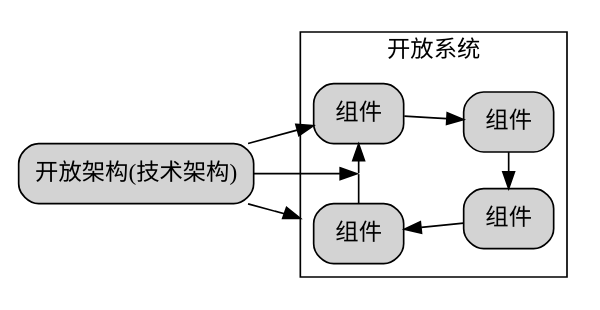
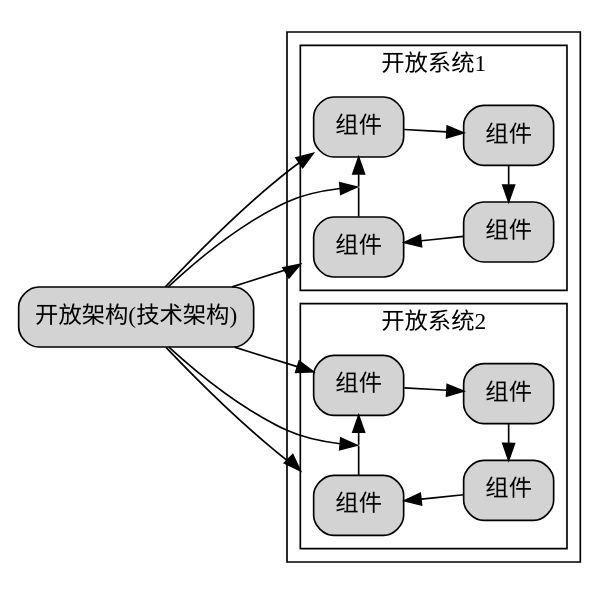
Before and after one commit to chaozhang2000/soa: the diagram in parts/definition1.dot, drawn with Graphviz. The commit also changed 2 other files, not shown here.

```diff
--- a/parts/definition1.dot
+++ b/parts/definition1.dot
@@ -1,51 +1,59 @@
 digraph G {
   graph [rankdir=LR,compound=true];
   node [shape=box, style="rounded,filled"];
   
-  subgraph cluster_system1{
-    label="开放系统"
-    node1[label="组件"]
-    node2[label="组件"] 
-    node3[label="组件"]
-    node4[label="组件"]
+  subgraph cluster1{
+    label=""
+    style=dash
     
-    // 创建不可见节点
-    invis_node [shape=point, width=0, height=0, label=""]
+    subgraph cluster_system1{
+      label="开放系统1"
+      node1[label="组件"]
+      node2[label="组件"] 
+      node3[label="组件"]
+      node4[label="组件"]
+      
+      // 创建不可见节点
+      invis_node1 [shape=point, width=0, height=0, label=""]
+      
+      // 重新连接节点，在node1和node2之间插入不可见节点
+      node1 -> node2
+      node2 -> node3
+      node3 -> node4
+      node4 -> invis_node1 [dir=none]  // dir=none 表示没有箭头
+      invis_node1 -> node1
+      
+      {rank=same;node1;node4;invis_node1}
+      {rank=same;node2;node3}
+    }
     
-    // 重新连接节点，在node1和node2之间插入不可见节点
-    node1 -> node2
-    node2 -> node3
-    node3 -> node4
-    node4 -> invis_node [dir=none]  // dir=none 表示没有箭头node1
-    invis_node->node1
-    
-    {rank=same;node1;node4;invis_node}
-    {rank=same;node2;node3}
+    subgraph cluster_system2{
+      label="开放系统2"
+      node5[label="组件"]
+      node6[label="组件"] 
+      node7[label="组件"]
+      node8[label="组件"]
+      
+      // 创建不可见节点
+      invis_node2 [shape=point, width=0, height=0, label=""]
+      
+      // 重新连接节点，在node5和node6之间插入不可见节点
+      node5 -> node6
+      node6 -> node7
+      node7 -> node8
+      node8 -> invis_node2 [dir=none]  // dir=none 表示没有箭头
+      invis_node2 -> node5
+      
+      {rank=same;node5;node8;invis_node2}
+      {rank=same;node6;node7}
+    }
   }
-TA[label="开放架构(技术架构)"]
-TA->node1
-TA->invis_node
-TA->node4[lhead="cluster_system1"]
   
-  // 示例：如何连接到隐藏节点
-  // external_node -> invis_node
+  TA[label="开放架构(技术架构)"]
+  TA->node1
+  TA->invis_node1
+  TA->node4[lhead="cluster_system1"]
+  TA->node5
+  TA->invis_node2
+  TA->node8[lhead="cluster_system2"]
 }
-/*
-digraph G {
-  graph [rankdir=LR,compound=true];
-  node [shape=box, style="rounded,filled"];
-subgraph cluster_MOSA_benefits{
-	label="系统"
-	node1[label="组件"]
-	node2[label="组件"]
-	node3[label="组件"]
-	node4[label="组件"]
-	node1 -> node2
-	node2->node3
-	node3 ->node4
-	node4 -> node1
-	{rank=same;node1;node4}
-	{rank=same;node2;node3}
-}
-TA[label="开放架构(技术架构)"]
-}*/
```
